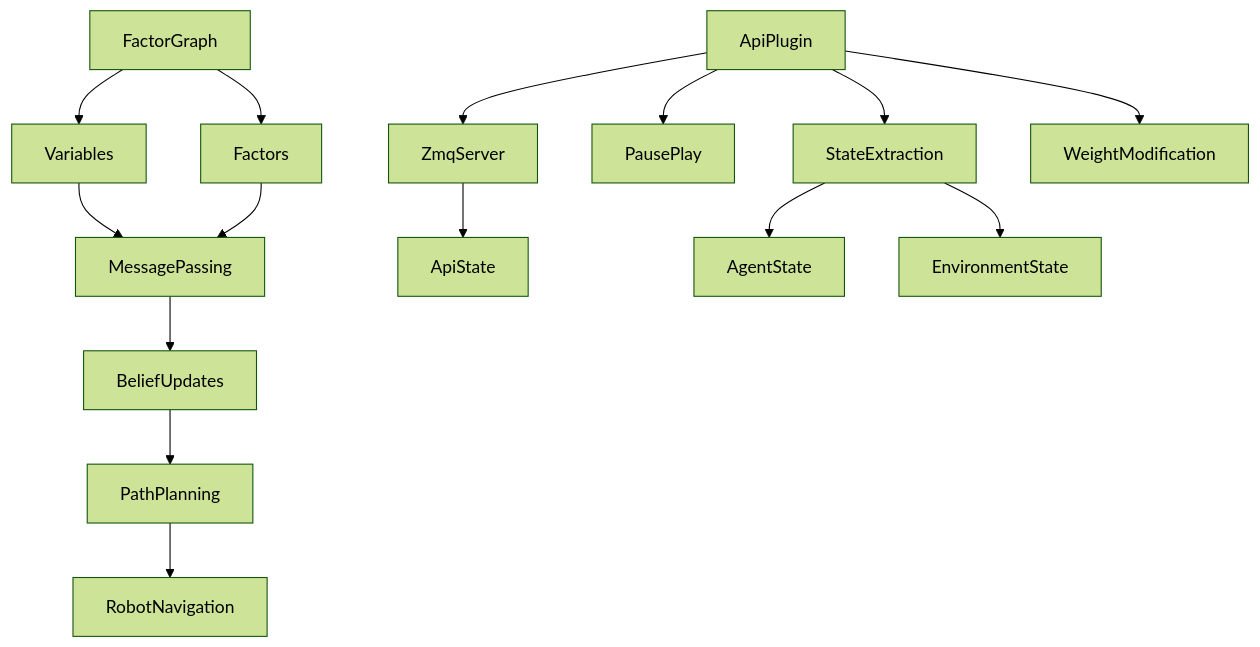
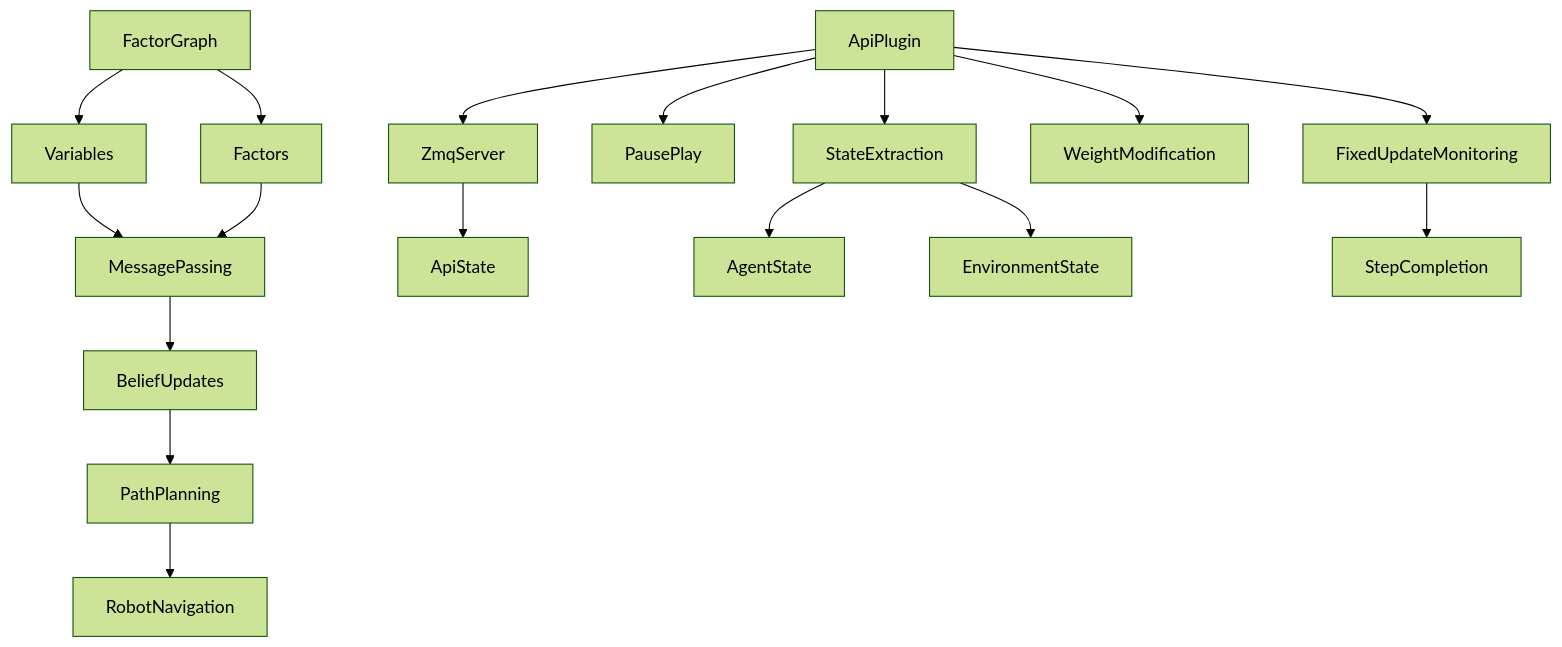
The second of 3 diagrams in memory-bank/systemPatterns.md (AU-Master-Thesis/magics), drawn with Mermaid (forest theme) before and after one commit. The commit also changed other lines of this file and 9 other files, not shown here.

````diff
--- a/memory-bank/systemPatterns.md
+++ b/memory-bank/systemPatterns.md
@@ -94,17 +98,19 @@
 ```mermaid
 graph TD
     FactorGraph --> Variables
     FactorGraph --> Factors
     Variables --> MessagePassing
     Factors --> MessagePassing
     MessagePassing --> BeliefUpdates
     BeliefUpdates --> PathPlanning
     PathPlanning --> RobotNavigation
     ApiPlugin --> ZmqServer
     ZmqServer --> ApiState
     ApiPlugin --> PausePlay
     ApiPlugin --> StateExtraction
     ApiPlugin --> WeightModification
+    ApiPlugin --> FixedUpdateMonitoring
     StateExtraction --> AgentState
     StateExtraction --> EnvironmentState
+    FixedUpdateMonitoring --> StepCompletion
 ```
````
